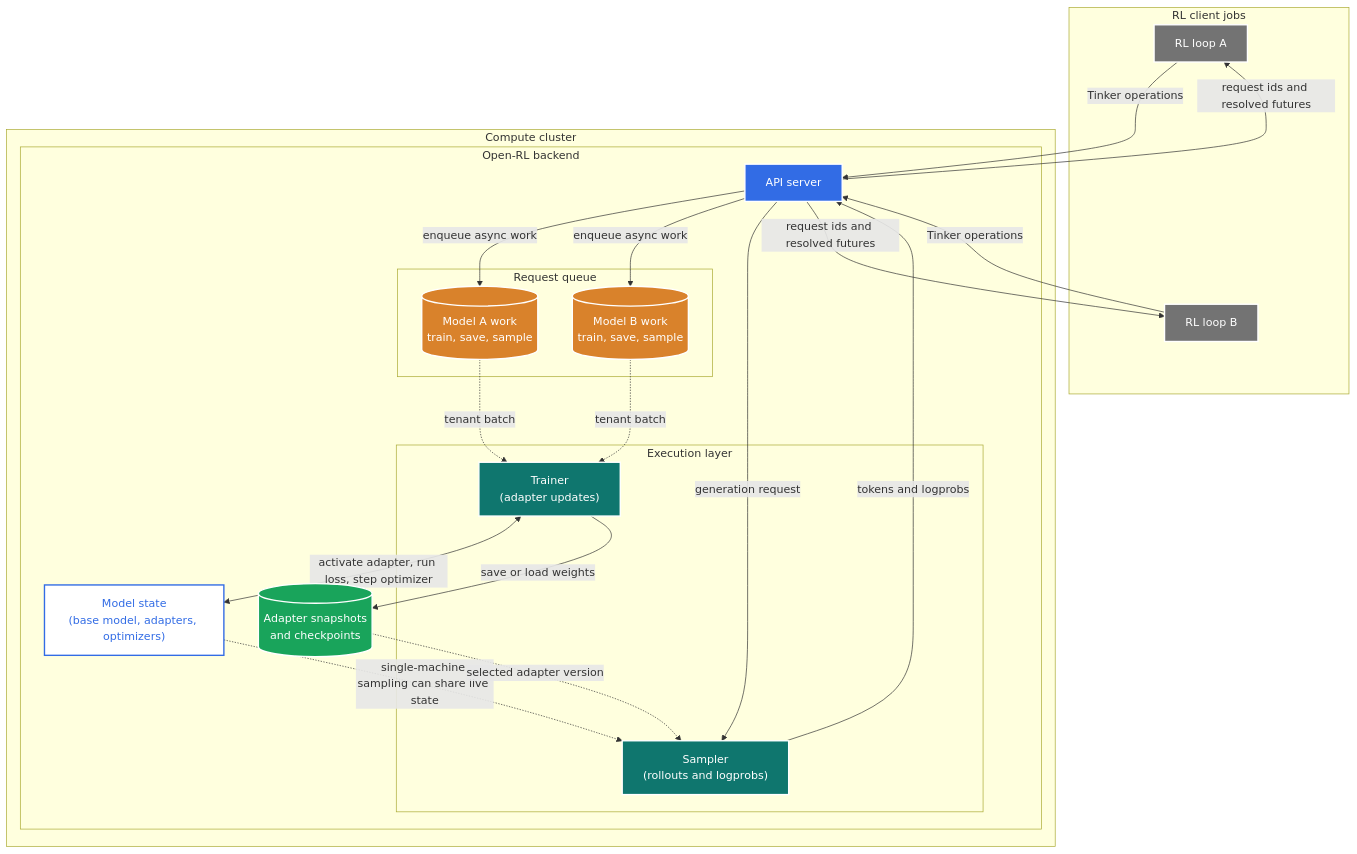
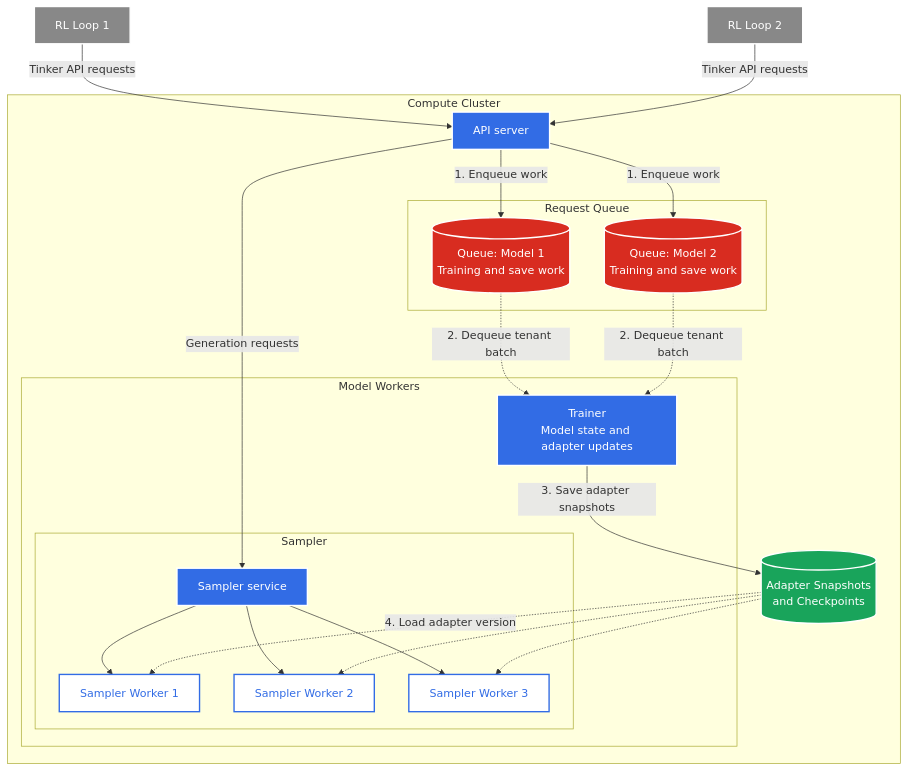
One commit to ShubyM/open-rl changed the diagram in docs/architecture.md. Above: the diagram before and after it, drawn with Mermaid. The commit also changed other lines of this file, not shown here.

Commit message:
Refine architecture diagram concepts

````diff
--- a/docs/architecture.md
+++ b/docs/architecture.md
@@ -10,51 +10,52 @@
 ```mermaid
-flowchart TD
-    classDef client fill:#737373,stroke:#fff,stroke-width:2px,color:#fff;
-    classDef api fill:#326ce5,stroke:#fff,stroke-width:2px,color:#fff;
-    classDef queue fill:#d9822b,stroke:#fff,stroke-width:2px,color:#fff;
-    classDef worker fill:#0f766e,stroke:#fff,stroke-width:2px,color:#fff;
-    classDef state fill:#fff,stroke:#326ce5,stroke-width:2px,color:#326ce5;
+flowchart TB
+    classDef client fill:#888,stroke:#fff,stroke-width:2px,color:#fff;
+    classDef gateway fill:#326ce5,stroke:#fff,stroke-width:2px,color:#fff;
+    classDef cache fill:#d82c20,stroke:#fff,stroke-width:2px,color:#fff;
+    classDef compute_gpu fill:#326ce5,stroke:#fff,stroke-width:2px,color:#fff;
+    classDef compute_pod fill:#fff,stroke:#326ce5,stroke-width:2px,color:#326ce5;
     classDef storage fill:#19a45b,stroke:#fff,stroke-width:2px,color:#fff;
 
-    subgraph Clients["RL client jobs"]
-        job1["RL loop A"]:::client
-        job2["RL loop B"]:::client
+    job1["RL Loop 1"]:::client
+    job2["RL Loop 2"]:::client
+
+    subgraph Cluster["Compute Cluster"]
+        api["API server"]:::gateway
+
+        subgraph Queue["Request Queue"]
+            queue1[("Queue: Model 1<br/>Training and save work")]:::cache
+            queue2[("Queue: Model 2<br/>Training and save work")]:::cache
+        end
+
+        subgraph Compute["Model Workers"]
+            trainer["Trainer<br/>Model state and adapter updates"]:::compute_gpu
+
+            subgraph Sampling["Sampler"]
+                sampler_service["Sampler service"]:::gateway
+                sampler_w1["Sampler Worker 1"]:::compute_pod
+                sampler_w2["Sampler Worker 2"]:::compute_pod
+                sampler_w3["Sampler Worker 3"]:::compute_pod
+                sampler_service --> sampler_w1
+                sampler_service --> sampler_w2
+                sampler_service --> sampler_w3
+            end
+        end
+
+        snapshots[("Adapter Snapshots<br/>and Checkpoints")]:::storage
     end
 
-    subgraph Cluster["Compute cluster"]
-    subgraph Backend["Open-RL backend"]
-        api["API server"]:::api
+    job1 -- "Tinker API requests" --> api
+    job2 -- "Tinker API requests" --> api
 
-        subgraph Queue["Request queue"]
-            q1[("Model A work<br/>train, save, sample")]:::queue
-            q2[("Model B work<br/>train, save, sample")]:::queue
-        end
+    api -- "1. Enqueue work" --> queue1
+    api -- "1. Enqueue work" --> queue2
+    api -- "Generation requests" --> sampler_service
 
-        subgraph Execution["Execution layer"]
-            trainer["Trainer<br/>(adapter updates)"]:::worker
-            sampler["Sampler<br/>(rollouts and logprobs)"]:::worker
-        end
+    queue1 -. "2. Dequeue tenant batch" .-> trainer
+    queue2 -. "2. Dequeue tenant batch" .-> trainer
 
-        model["Model state<br/>(base model, adapters, optimizers)"]:::state
-        snapshots[("Adapter snapshots<br/>and checkpoints")]:::storage
-    end
-    end
-
-    job1 -->|"Tinker operations"| api
-    job2 -->|"Tinker operations"| api
-
-    api -->|"enqueue async work"| q1
-    api -->|"enqueue async work"| q2
-    q1 -. "tenant batch" .-> trainer
-    q2 -. "tenant batch" .-> trainer
-
-    trainer <-->|"activate adapter, run loss, step optimizer"| model
-    trainer -->|"save or load weights"| snapshots
-
-    api -->|"generation request"| sampler
-    model -. "single-machine sampling can share live state" .-> sampler
-    snapshots -. "selected adapter version" .-> sampler
-    sampler -->|"tokens and logprobs"| api
-    api -->|"request ids and resolved futures"| job1
-    api -->|"request ids and resolved futures"| job2
+    trainer -- "3. Save adapter snapshots" --> snapshots
+    snapshots -. "4. Load adapter version" .-> sampler_w1
+    snapshots -.-> sampler_w2
+    snapshots -.-> sampler_w3
 ```
````
